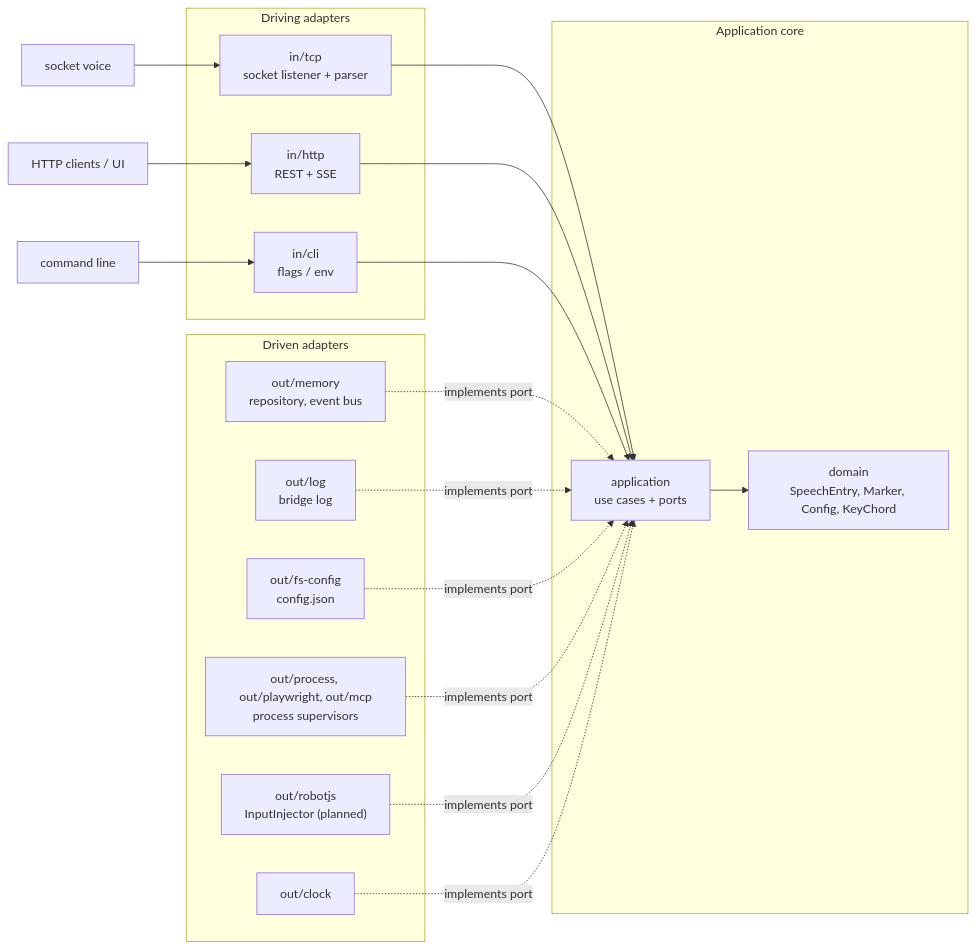
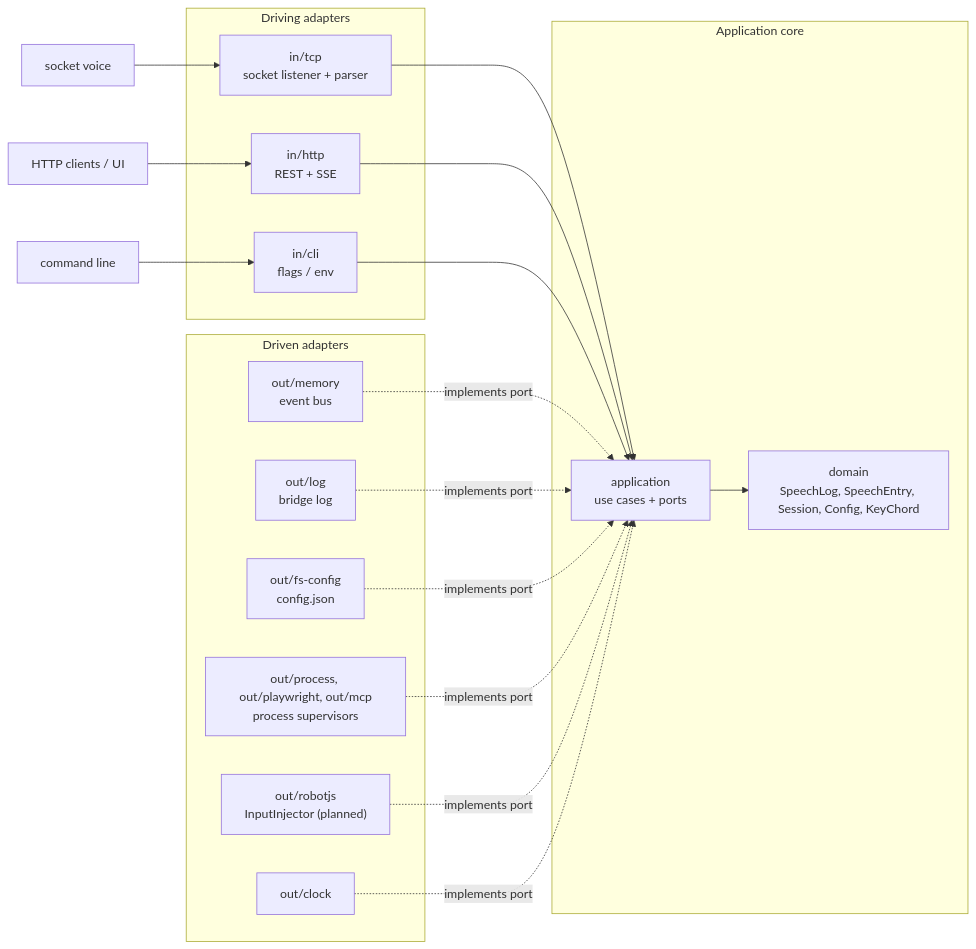
One commit to TimoSto/screenreader-speech-capture changed the diagram in docs/architecture.md. Above: the diagram before and after it, drawn with Mermaid. The commit also changed other lines of this file and 29 other files, not shown here.

````diff
--- a/docs/architecture.md
+++ b/docs/architecture.md
@@ -25,38 +25,38 @@
 ```mermaid
 flowchart LR
     subgraph IN["Driving adapters"]
         TCP["in/tcp<br/>socket listener + parser"]
         HTTP["in/http<br/>REST + SSE"]
         CLI["in/cli<br/>flags / env"]
     end
 
     subgraph CORE["Application core"]
         APP["application<br/>use cases + ports"]
-        DOM["domain<br/>SpeechEntry, Marker, Config, KeyChord"]
+        DOM["domain<br/>SpeechLog, SpeechEntry, Session, Config, KeyChord"]
         APP --> DOM
     end
 
     subgraph OUT["Driven adapters"]
-        MEM["out/memory<br/>repository, event bus"]
+        MEM["out/memory<br/>event bus"]
         CFG["out/fs-config<br/>config.json"]
         SUP["out/process, out/playwright, out/mcp<br/>process supervisors"]
         ROBOT["out/robotjs<br/>InputInjector (planned)"]
         LOG["out/log<br/>bridge log"]
         CLK["out/clock"]
     end
 
     Voice["socket voice"] --> TCP
     Client["HTTP clients / UI"] --> HTTP
     User["command line"] --> CLI
 
     TCP --> APP
     HTTP --> APP
     CLI --> APP
 
     MEM -. implements port .-> APP
     LOG -. implements port .-> APP
     CFG -. implements port .-> APP
     SUP -. implements port .-> APP
     ROBOT -. implements port .-> APP
     CLK -. implements port .-> APP
 ```
````
